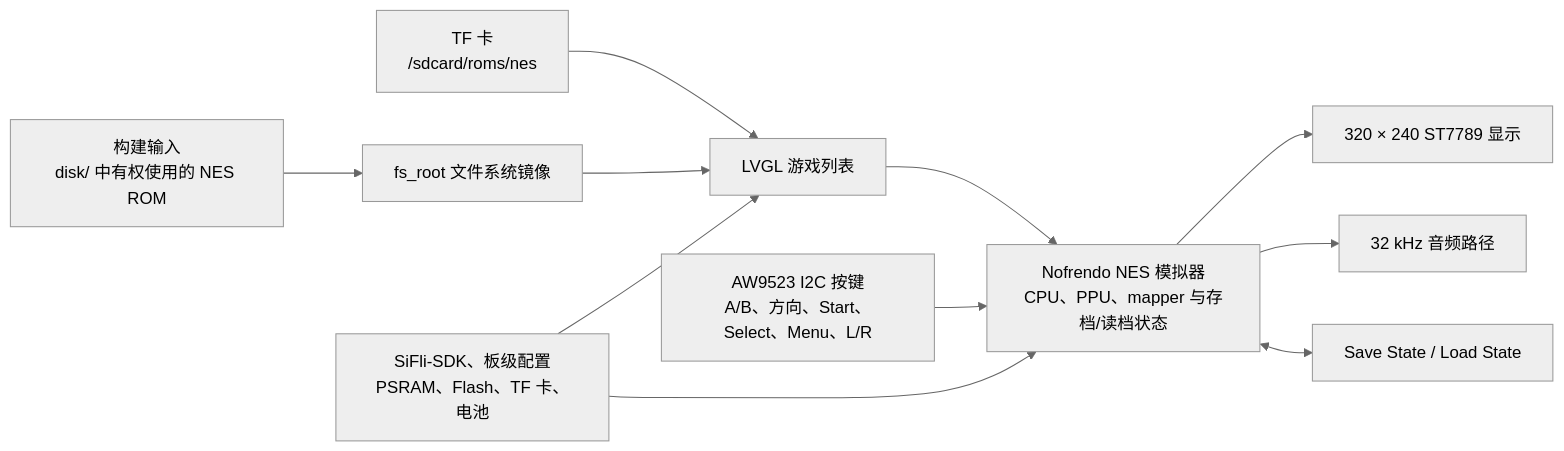
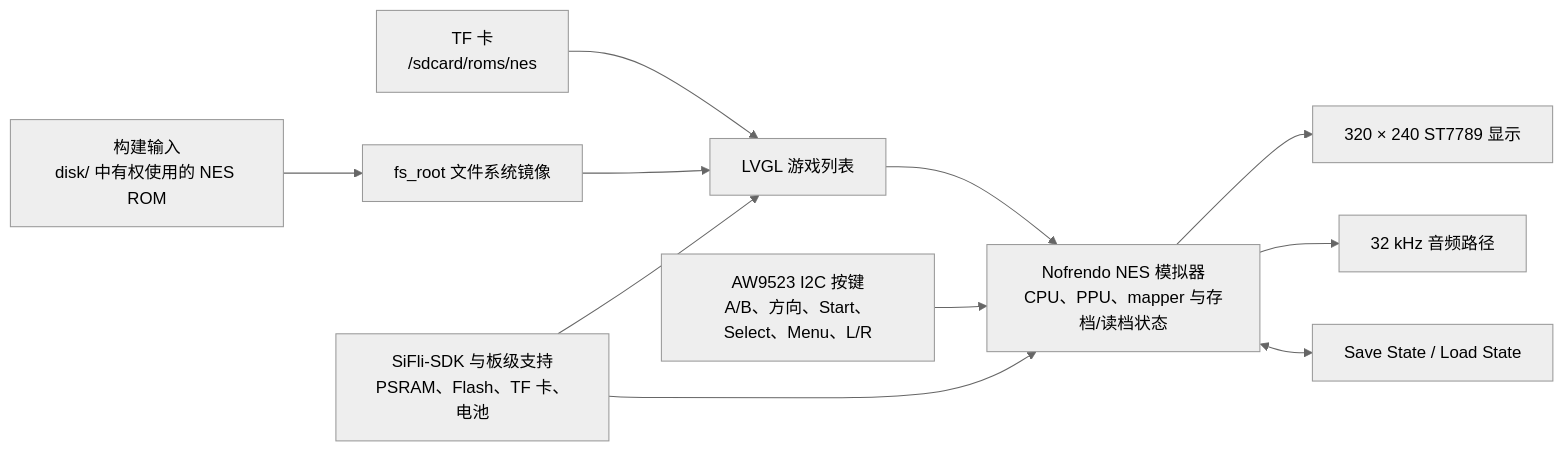
One commit to uForge-io/uforge-site changed the diagram in docs_zh/projects/pocket-pi.md. Above: the diagram before and after it, drawn with Mermaid (neutral theme). The commit also changed other lines of this file and 1953 other files, not shown here.

````diff
--- a/docs_zh/projects/pocket-pi.md
+++ b/docs_zh/projects/pocket-pi.md
@@ -144,13 +146,13 @@
 ```mermaid
 flowchart LR
     B["构建输入\ndisk/ 中有权使用的 NES ROM"] --> F["fs_root 文件系统镜像"]
     C["TF 卡\n/sdcard/roms/nes"] --> L["LVGL 游戏列表"]
     F --> L
     L --> N["Nofrendo NES 模拟器\nCPU、PPU、mapper 与存档/读档状态"]
     I["AW9523 I2C 按键\nA/B、方向、Start、Select、Menu、L/R"] --> N
     N --> V["320 × 240 ST7789 显示"]
     N --> A["32 kHz 音频路径"]
     N <--> S["Save State / Load State"]
-    D["SiFli-SDK、板级配置\nPSRAM、Flash、TF 卡、电池"] --> L
+    D["SiFli-SDK 与板级支持\nPSRAM、Flash、TF 卡、电池"] --> L
     D --> N
 ```
````
